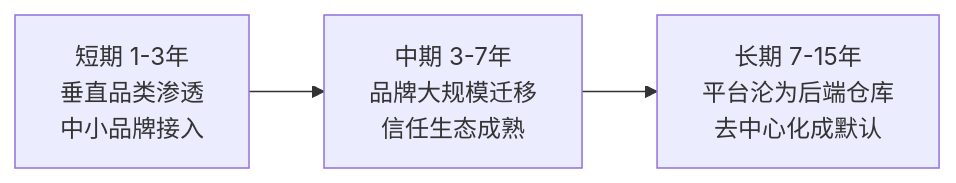
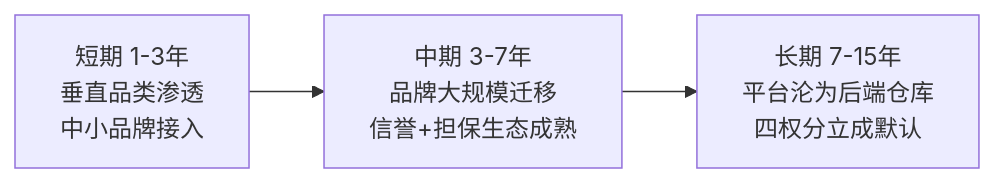
One commit to kaicen-x/ai-shopping-paradigm changed the sixth of 7 diagrams in 中文简体/AI购物新范式.md. Above: the diagram before and after it, drawn with Mermaid. The commit also changed other lines of this file and 4 other files, not shown here.

````diff
--- a/中文简体/AI购物新范式.md
+++ b/中文简体/AI购物新范式.md
@@ -197,7 +215,7 @@
 ```mermaid
 graph LR
- S[短期 1-3年<br/>垂直品类渗透<br/>中小品牌接入]
- M[中期 3-7年<br/>品牌大规模迁移<br/>信任生态成熟]
- L[长期 7-15年<br/>平台沦为后端仓库<br/>去中心化成默认]
- S --> M --> L
+    S[短期 1-3年<br/>垂直品类渗透<br/>中小品牌接入]
+    M[中期 3-7年<br/>品牌大规模迁移<br/>信誉+担保生态成熟]
+    L[长期 7-15年<br/>平台沦为后端仓库<br/>四权分立成默认]
+    S --> M --> L
 ```
````
